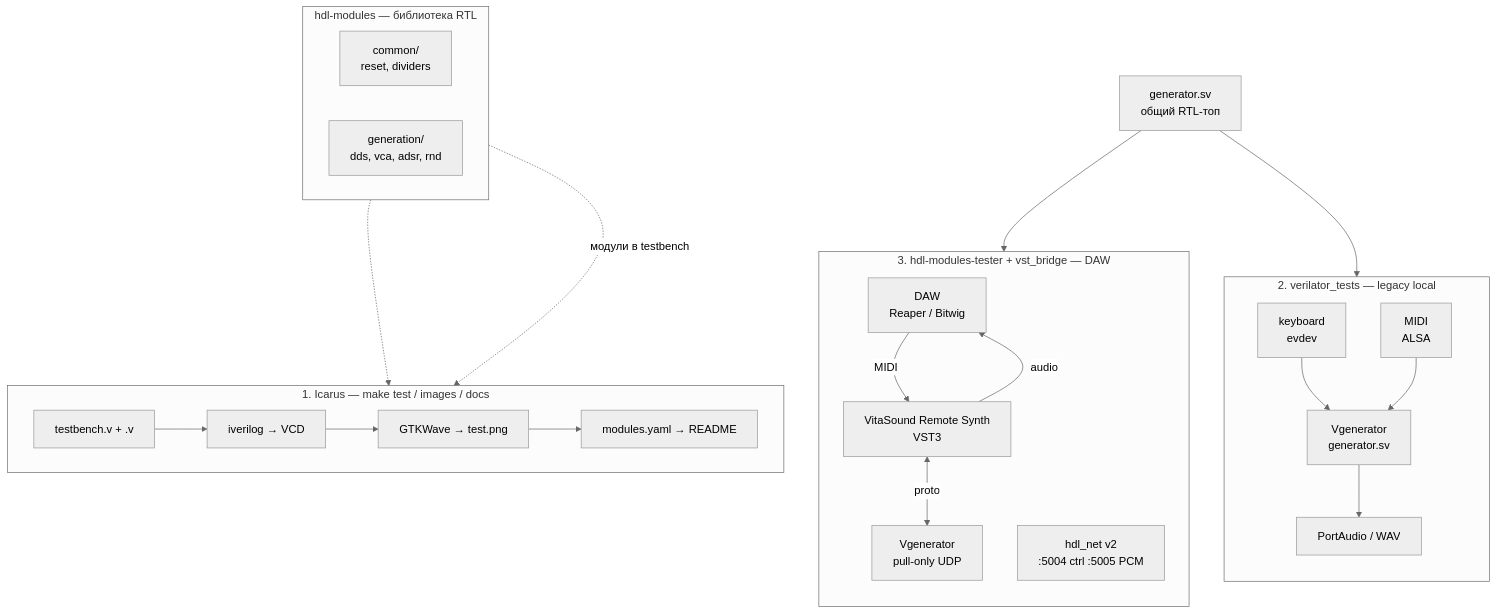
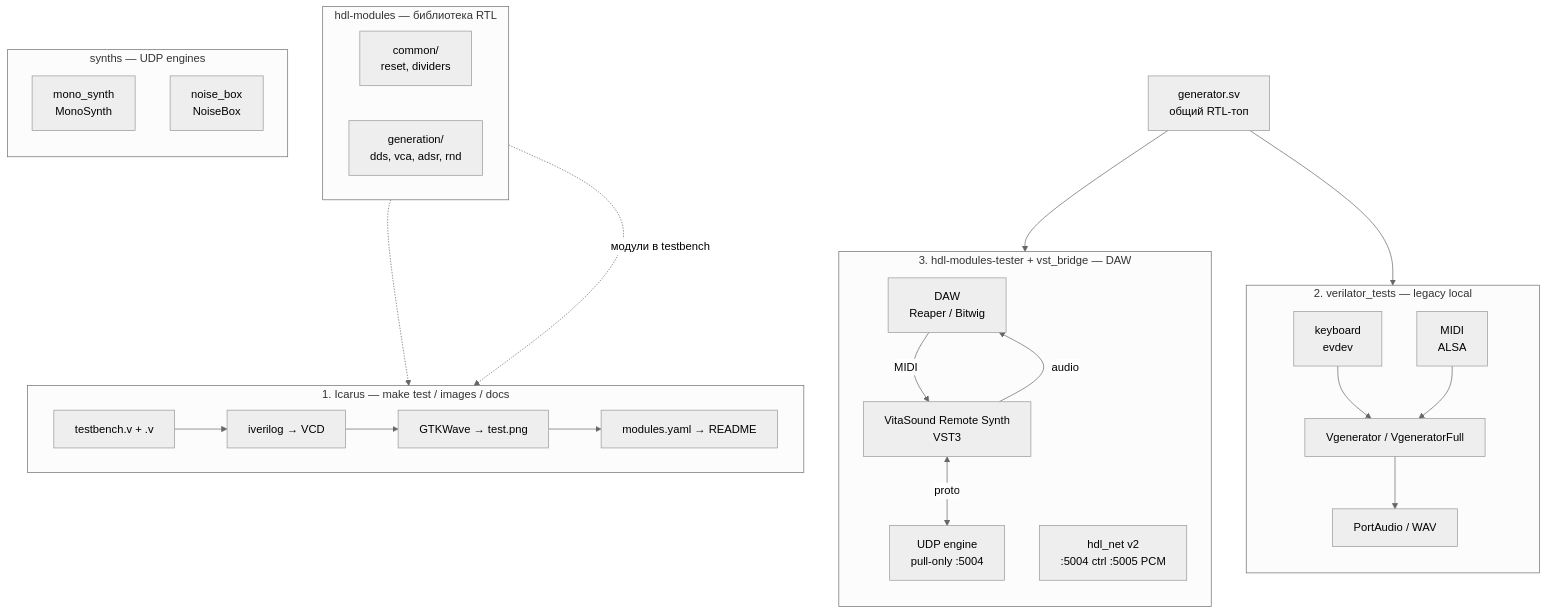
One commit to VitaSound/hdl-modules changed the first of 2 diagrams in ARCHITECTURE.md. Above: the diagram before and after it, drawn with Mermaid (neutral theme). The commit also changed other lines of this file and 43 other files, not shown here.

First line of the commit message:
Add mono_synth UDP engine, VgeneratorFull legacy MIDI, and docs.

````diff
--- a/ARCHITECTURE.md
+++ b/ARCHITECTURE.md
@@ -5,46 +5,52 @@
 ```mermaid
 flowchart TB
   subgraph lib [hdl-modules — библиотека RTL]
     direction LR
     common["common/<br/>reset, dividers"]
     gen["generation/<br/>dds, vca, adsr, rnd"]
   end
 
   subgraph icarus [1. Icarus — make test / images / docs]
     direction LR
     tb["testbench.v + .v"]
     vcd["iverilog → VCD"]
     art["GTKWave → test.png"]
     yaml["modules.yaml → README"]
     tb --> vcd --> art --> yaml
   end
 
   subgraph legacy [2. verilator_tests — legacy local]
     direction TB
     kb["keyboard<br/>evdev"]
     midi["MIDI<br/>ALSA"]
-    leg_eng["Vgenerator<br/>generator.sv"]
+    leg_eng["Vgenerator / VgeneratorFull"]
     local_out["PortAudio / WAV"]
     kb --> leg_eng
     midi --> leg_eng
     leg_eng --> local_out
   end
 
+  subgraph synths_udp [synths — UDP engines]
+    direction TB
+    mono["mono_synth<br/>MonoSynth"]
+    noise["noise_box<br/>NoiseBox"]
+  end
+
   subgraph network [3. hdl-modules-tester + vst_bridge — DAW]
     direction TB
     daw["DAW<br/>Reaper / Bitwig"]
     vst["VitaSound Remote Synth<br/>VST3"]
-    net_eng["Vgenerator<br/>pull-only UDP"]
+    net_eng["UDP engine<br/>pull-only :5004"]
     proto["hdl_net v2<br/>:5004 ctrl :5005 PCM"]
     daw -->|"MIDI"| vst
     vst <-->|proto| net_eng
     vst -->|"audio"| daw
   end
 
   gen_rtl["generator.sv<br/>общий RTL-топ"]
 
   lib -.-> icarus
   lib -.->|"модули в testbench"| tb
   gen_rtl --> leg_eng
   gen_rtl --> net_eng
 ```
````
